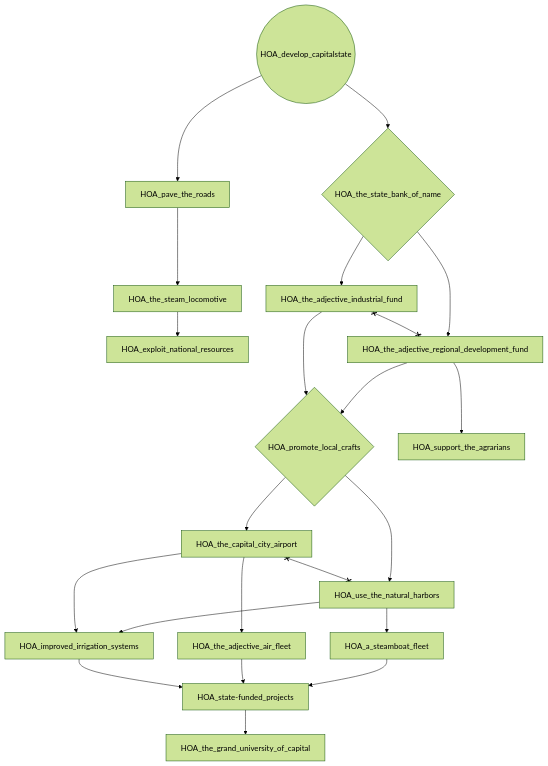
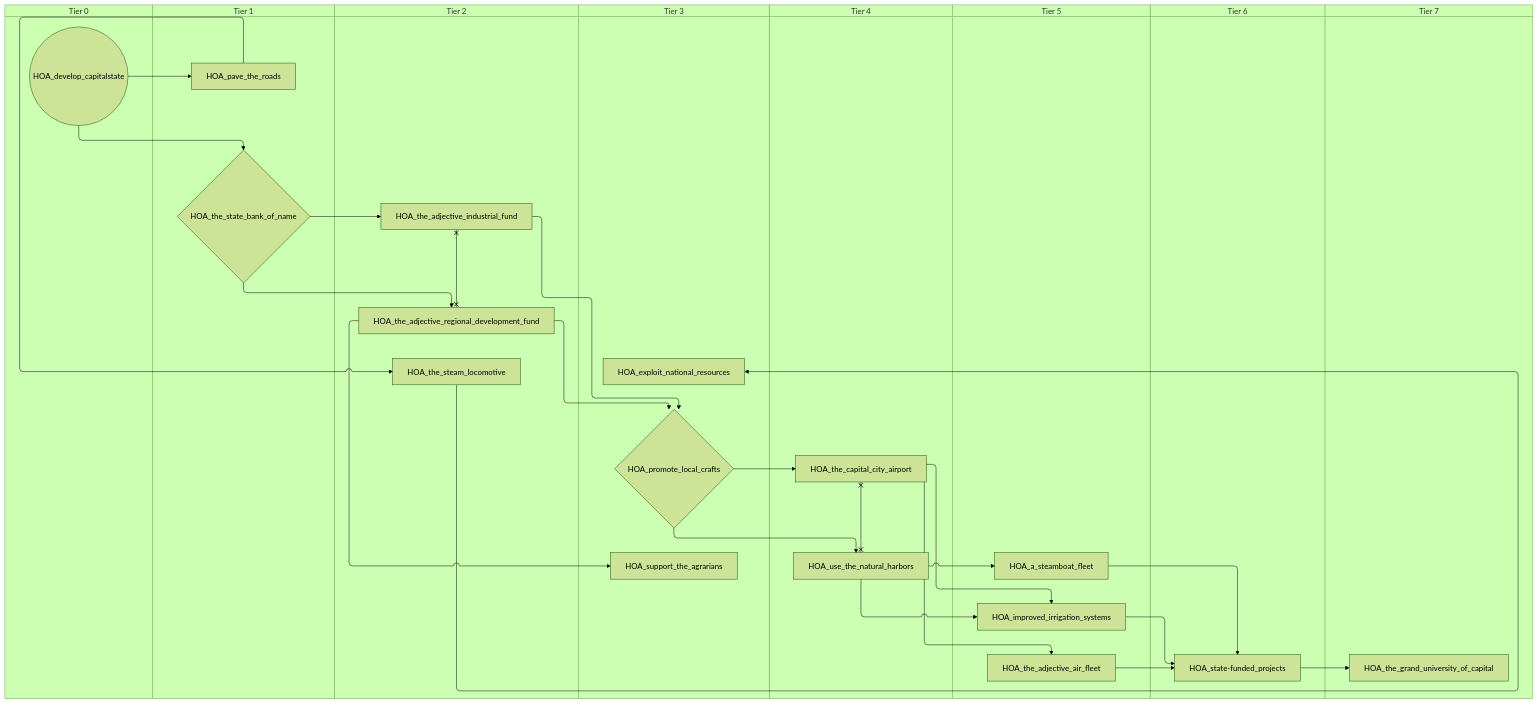
Before and after one commit to evgeny-sobol/hoi4-sandbox-mode: the first of 3 diagrams in docs/gdd/National Focuses/horn_of_africa.md, drawn with Mermaid (forest theme). The commit also changed other lines of this file and 80 other files, not shown here.

First line of the commit message:
Add swimlane mode to focus graph exporter

````diff
--- a/docs/gdd/National Focuses/horn_of_africa.md
+++ b/docs/gdd/National Focuses/horn_of_africa.md
@@ -3,40 +3,56 @@
 ```mermaid
-flowchart TD
-    n1["HOA_a_steamboat_fleet"]
-    n2(("HOA_develop_capitalstate"))
-    n3["HOA_exploit_national_resources"]
-    n4["HOA_improved_irrigation_systems"]
-    n5["HOA_pave_the_roads"]
-    n6{"HOA_promote_local_crafts"}
-    n7["HOA_state-funded_projects"]
-    n8["HOA_support_the_agrarians"]
-    n9["HOA_the_adjective_air_fleet"]
-    n10["HOA_the_adjective_industrial_fund"]
-    n11["HOA_the_adjective_regional_development_fund"]
-    n12["HOA_the_capital_city_airport"]
-    n13["HOA_the_grand_university_of_capital"]
-    n14{"HOA_the_state_bank_of_name"}
-    n15["HOA_the_steam_locomotive"]
-    n16["HOA_use_the_natural_harbors"]
-    n16 --> n1
-    n15 --> n3
-    n16 --> n4
-    n12 --> n4
-    n2 --> n5
-    n11 --> n6
-    n10 --> n6
-    n1 --> n7
-    n9 --> n7
-    n4 --> n7
-    n11 --> n8
-    n12 --> n9
-    n14 --> n10
-    n14 --> n11
-    n6 --> n12
-    n7 --> n13
-    n2 --> n14
-    n5 --> n15
-    n6 --> n16
+swimlane-beta TD
+    subgraph tier_0["Tier 0"]
+        n1(("HOA_develop_capitalstate"))
+    end
+    subgraph tier_1["Tier 1"]
+        n2["HOA_pave_the_roads"]
+        n3{"HOA_the_state_bank_of_name"}
+    end
+    subgraph tier_2["Tier 2"]
+        n4["HOA_the_adjective_industrial_fund"]
+        n5["HOA_the_adjective_regional_development_fund"]
+        n6["HOA_the_steam_locomotive"]
+    end
+    subgraph tier_3["Tier 3"]
+        n7["HOA_exploit_national_resources"]
+        n8{"HOA_promote_local_crafts"}
+        n9["HOA_support_the_agrarians"]
+    end
+    subgraph tier_4["Tier 4"]
+        n10["HOA_the_capital_city_airport"]
+        n11["HOA_use_the_natural_harbors"]
+    end
+    subgraph tier_5["Tier 5"]
+        n12["HOA_a_steamboat_fleet"]
+        n13["HOA_improved_irrigation_systems"]
+        n14["HOA_the_adjective_air_fleet"]
+    end
+    subgraph tier_6["Tier 6"]
+        n15["HOA_state-funded_projects"]
+    end
+    subgraph tier_7["Tier 7"]
+        n16["HOA_the_grand_university_of_capital"]
+    end
+    n11 --> n12
+    n6 --> n7
+    n11 --> n13
+    n10 --> n13
+    n1 --> n2
+    n5 --> n8
+    n4 --> n8
+    n12 --> n15
+    n14 --> n15
+    n13 --> n15
+    n5 --> n9
+    n10 --> n14
+    n3 --> n4
+    n3 --> n5
+    n8 --> n10
+    n15 --> n16
+    n1 --> n3
+    n2 --> n6
+    n8 --> n11
+    n4 x--x n5
     n10 x--x n11
-    n12 x--x n16
 ```
````
